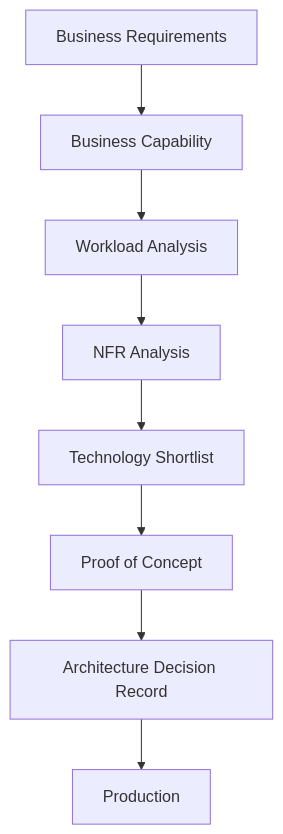
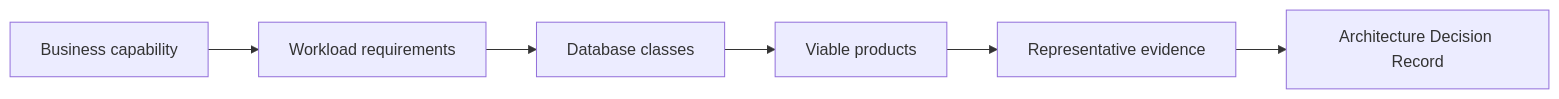
The first of 3 diagrams in content/technology-playbook/how-to-choose-database.md (pradeep2Tech/pradeep2Tech.github.io), drawn with Mermaid before and after one commit. The commit also changed other lines of this file, not shown here.

````diff
--- a/content/technology-playbook/how-to-choose-database.md
+++ b/content/technology-playbook/how-to-choose-database.md
@@ -77,10 +56,8 @@
 ```mermaid
-flowchart TD
-  requirements[Business Requirements] --> capability[Business Capability]
-  capability --> workload[Workload Analysis]
-  workload --> nfr[NFR Analysis]
-  nfr --> shortlist[Technology Shortlist]
-  shortlist --> poc[Proof of Concept]
-  poc --> adr[Architecture Decision Record]
-  adr --> production[Production]
+flowchart LR
+  capability["Business capability"] --> requirements["Workload requirements"]
+  requirements --> classes["Database classes"]
+  classes --> options["Viable products"]
+  options --> evidence["Representative evidence"]
+  evidence --> adr["Architecture Decision Record"]
 ```
````
